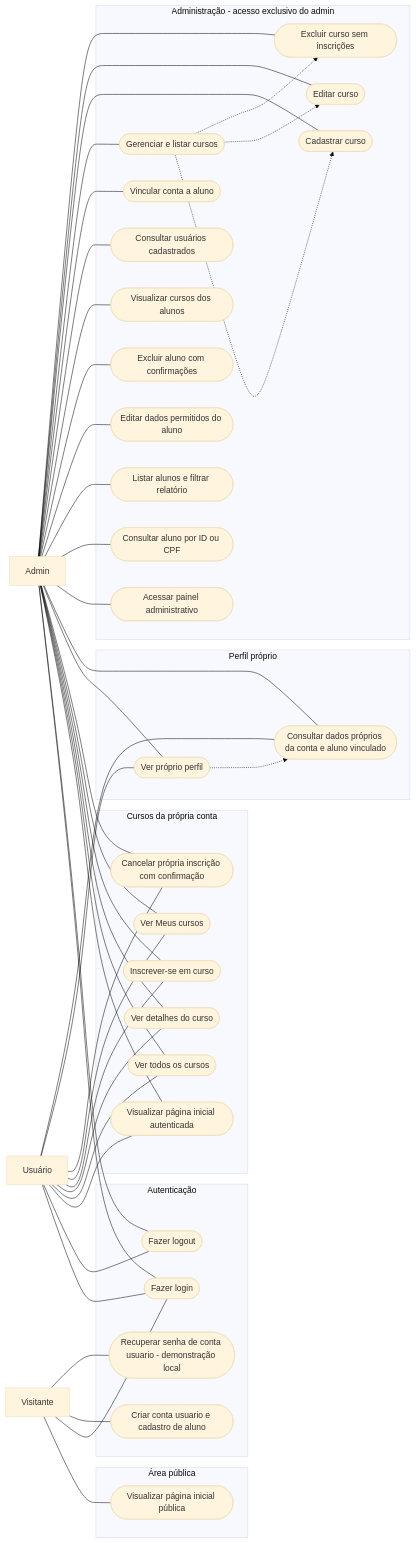
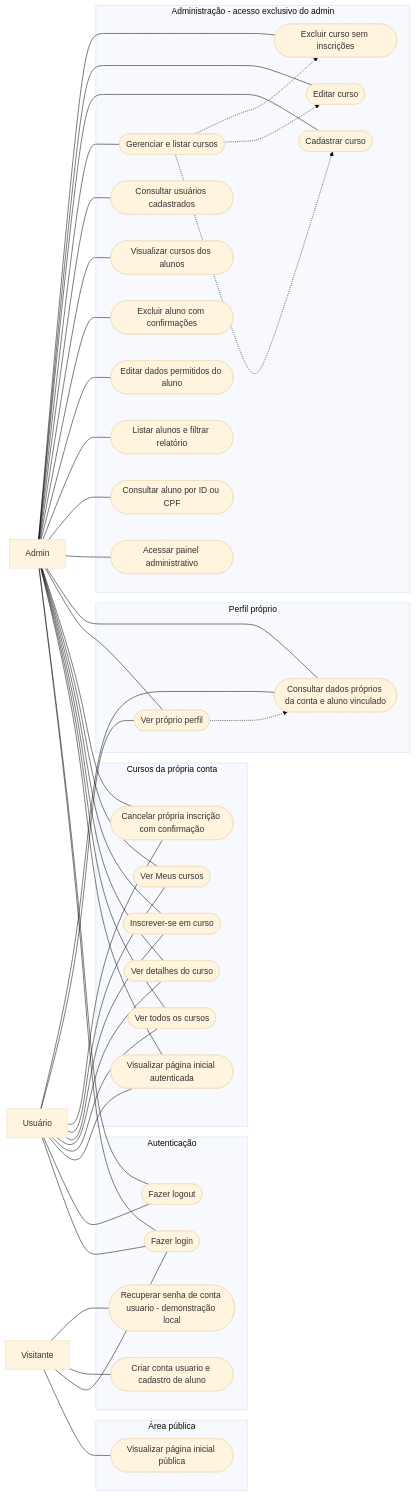
Diagram 13 of 13 in diagrama.md (Matheus-Talasso-Gil/Impulsos-Cursos), drawn with Mermaid (base theme) before and after one commit. The commit also changed other lines of this file and 26 other files, not shown here.

```diff
--- a/diagrama.md
+++ b/diagrama.md
@@ -393,7 +375,6 @@
         ExcluirAluno(["Excluir aluno com confirmações"])
         CursosAlunos(["Visualizar cursos dos alunos"])
         Contas(["Consultar usuários cadastrados"])
-        Vincular(["Vincular conta a aluno"])
         Gerenciar(["Gerenciar e listar cursos"])
         CriarCurso(["Cadastrar curso"])
         EditarCurso(["Editar curso"])
@@ -431,7 +412,6 @@
     Admin --- ExcluirAluno
     Admin --- CursosAlunos
     Admin --- Contas
-    Admin --- Vincular
     Admin --- Gerenciar
     Admin --- CriarCurso
     Admin --- EditarCurso
```
